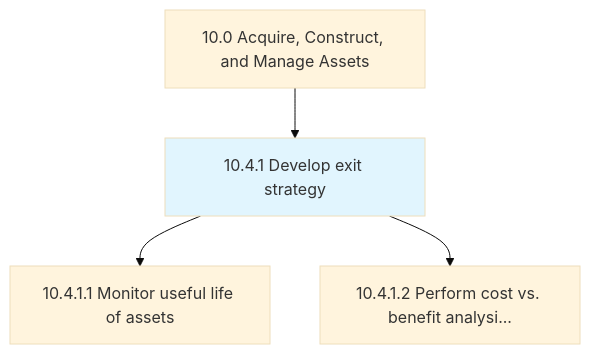
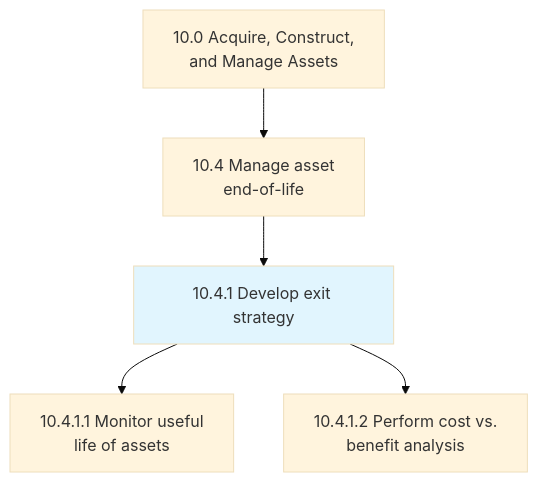
One commit to kziemski/business.org.ai changed the first of 3 diagrams in processes/10-Assets/10.4.1-DevelopExitStrategy/index.mdx. Above: the diagram before and after it, drawn with Mermaid (base theme). The commit also changed other lines of this file and 885 other files, not shown here.

````diff
--- a/processes/10-Assets/10.4.1-DevelopExitStrategy/index.mdx
+++ b/processes/10-Assets/10.4.1-DevelopExitStrategy/index.mdx
@@ -23,8 +25,10 @@
 ```mermaid
 graph TD
-    C10["10.0 Acquire, Construct, and Manage Assets"]
-    C10 --> N10_4_1["10.4.1 Develop exit strategy"]
-    style N10_4_1 fill:#e1f5fe
-    N10_4_1 --> N10_4_1_1["10.4.1.1 Monitor useful life of assets"]
-    N10_4_1 --> N10_4_1_2["10.4.1.2 Perform cost vs. benefit analysi..."]
+    C10["10.0 Acquire, Construct,<br/>and Manage Assets"] --> G104["10.4 Manage asset<br/>end-of-life"]
+    G104 --> P1041["10.4.1 Develop exit strategy"]
+
+    P1041 --> A104_1_1["10.4.1.1 Monitor useful<br/>life of assets"]
+    P1041 --> A104_1_2["10.4.1.2 Perform cost vs.<br/>benefit analysis"]
+
+    style P1041 fill:#e1f5fe
 ```
````
